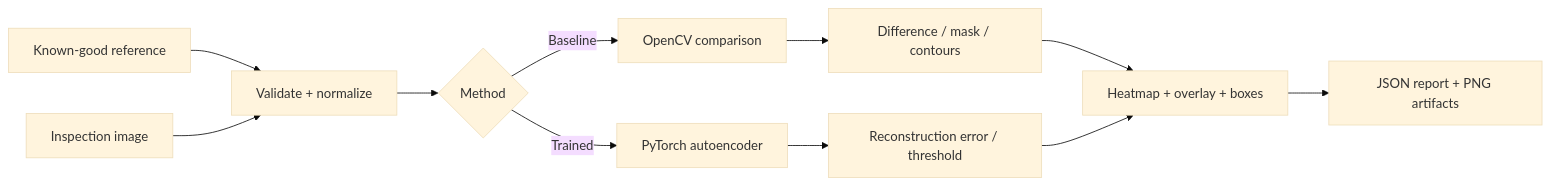
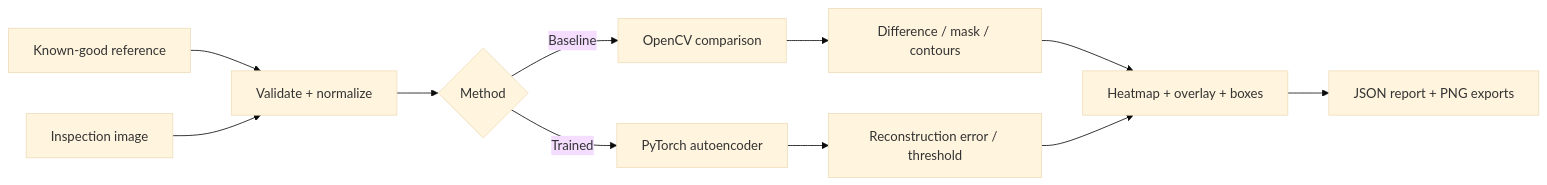
Before and after one commit to muhammadsaeed-ai/verityagent-ai-defect-detector: the diagram in README.md, drawn with Mermaid (base theme). The commit also changed other lines of this file, not shown here.

````diff
--- a/README.md
+++ b/README.md
@@ -73,13 +26,13 @@
 ```mermaid
 flowchart LR
     A[Known-good reference] --> V[Validate + normalize]
     B[Inspection image] --> V
     V --> C{Method}
     C -->|Baseline| D[OpenCV comparison]
     C -->|Trained| E[PyTorch autoencoder]
     D --> F[Difference / mask / contours]
     E --> G[Reconstruction error / threshold]
     F --> H[Heatmap + overlay + boxes]
     G --> H
-    H --> I[JSON report + PNG artifacts]
+    H --> I[JSON report + PNG exports]
 ```
````
